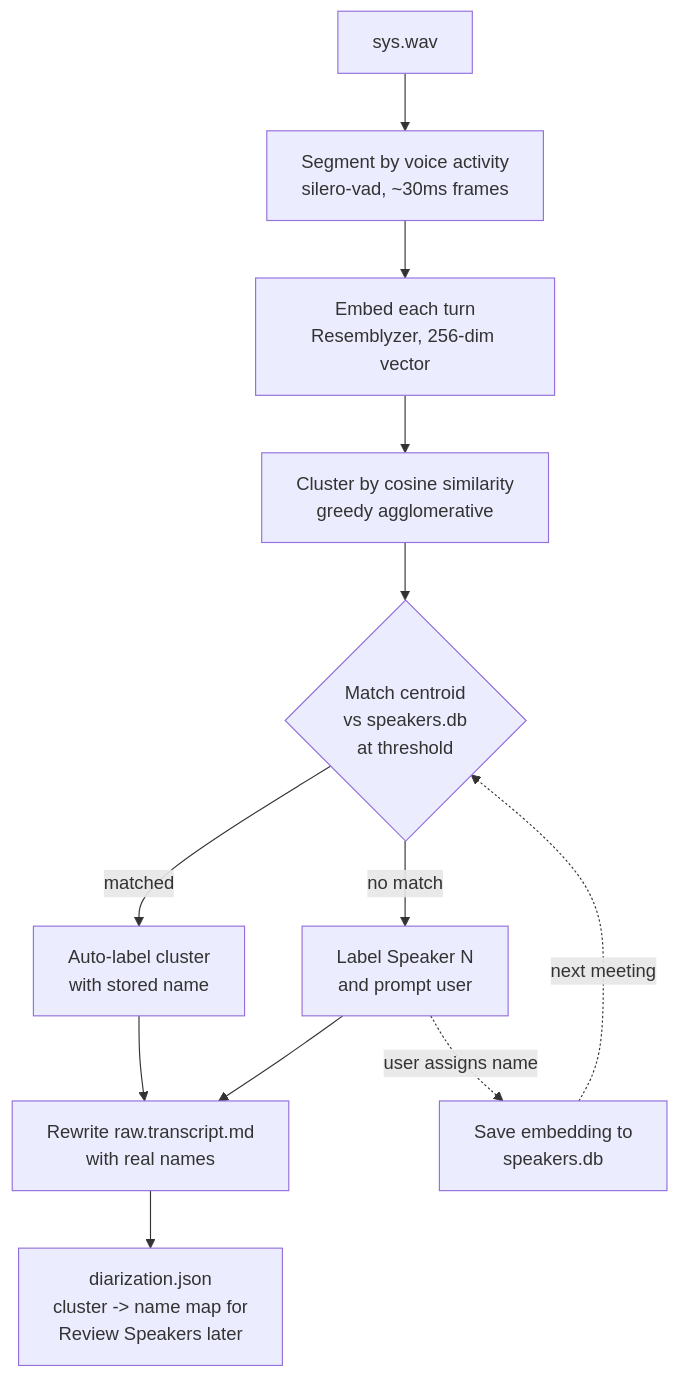
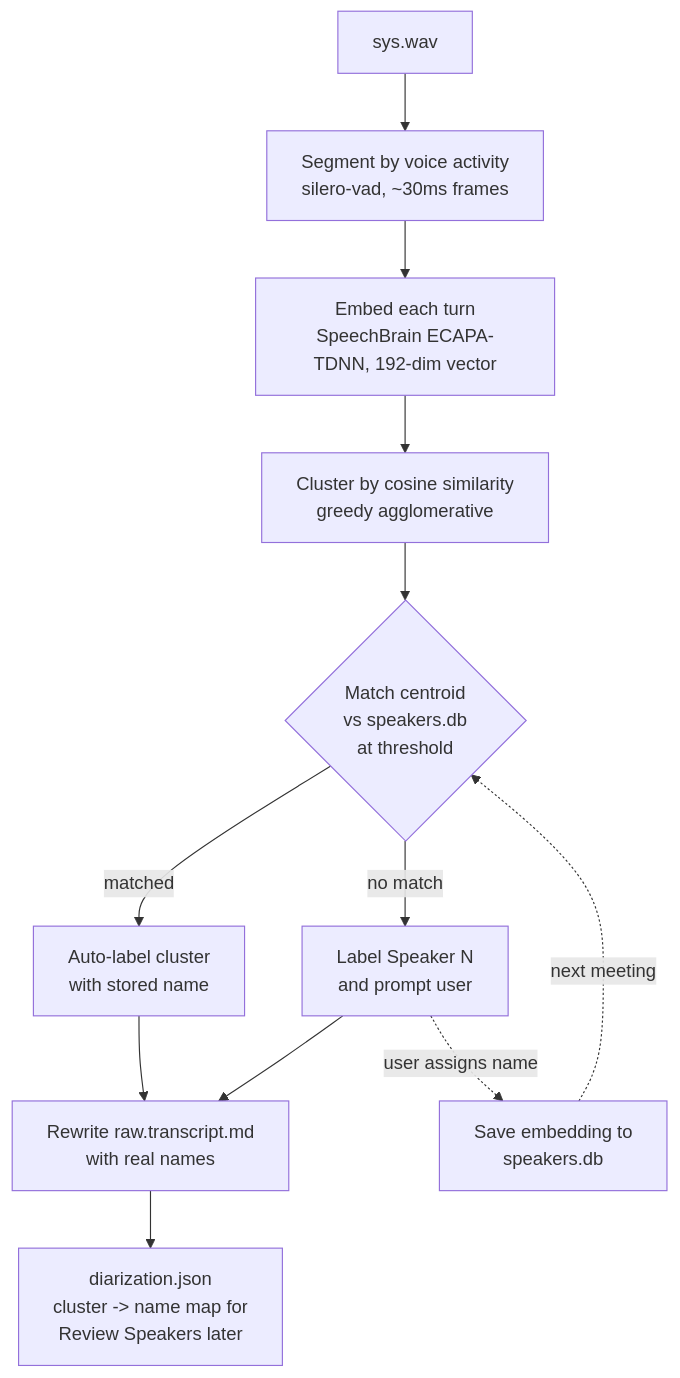
The second of 2 diagrams in README.md (aarondodd/meeting-notetaker), drawn with Mermaid before and after one commit. The commit also changed other lines of this file and 15 other files, not shown here.

````diff
--- a/README.md
+++ b/README.md
@@ -447,14 +436,14 @@
 ```mermaid
 flowchart TD
     A[sys.wav] --> B[Segment by voice activity<br/>silero-vad, ~30ms frames]
-    B --> C[Embed each turn<br/>Resemblyzer, 256-dim vector]
+    B --> C[Embed each turn<br/>SpeechBrain ECAPA-TDNN, 192-dim vector]
     C --> D[Cluster by cosine similarity<br/>greedy agglomerative]
     D --> E{Match centroid<br/>vs speakers.db<br/>at threshold}
     E -->|matched| F[Auto-label cluster<br/>with stored name]
     E -->|no match| G[Label Speaker N<br/>and prompt user]
     F --> H[Rewrite raw.transcript.md<br/>with real names]
     G --> H
     G -. user assigns name .-> I[Save embedding to<br/>speakers.db]
     I -. next meeting .-> E
     H --> J[diarization.json<br/>cluster -> name map for<br/>Review Speakers later]
 ```
````
